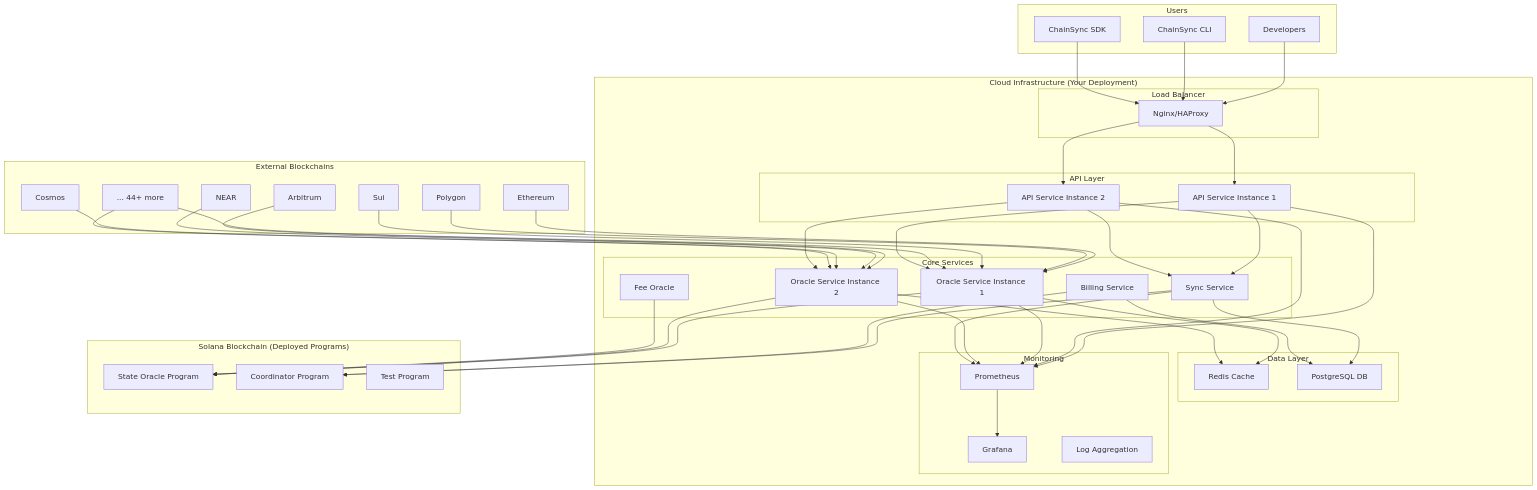
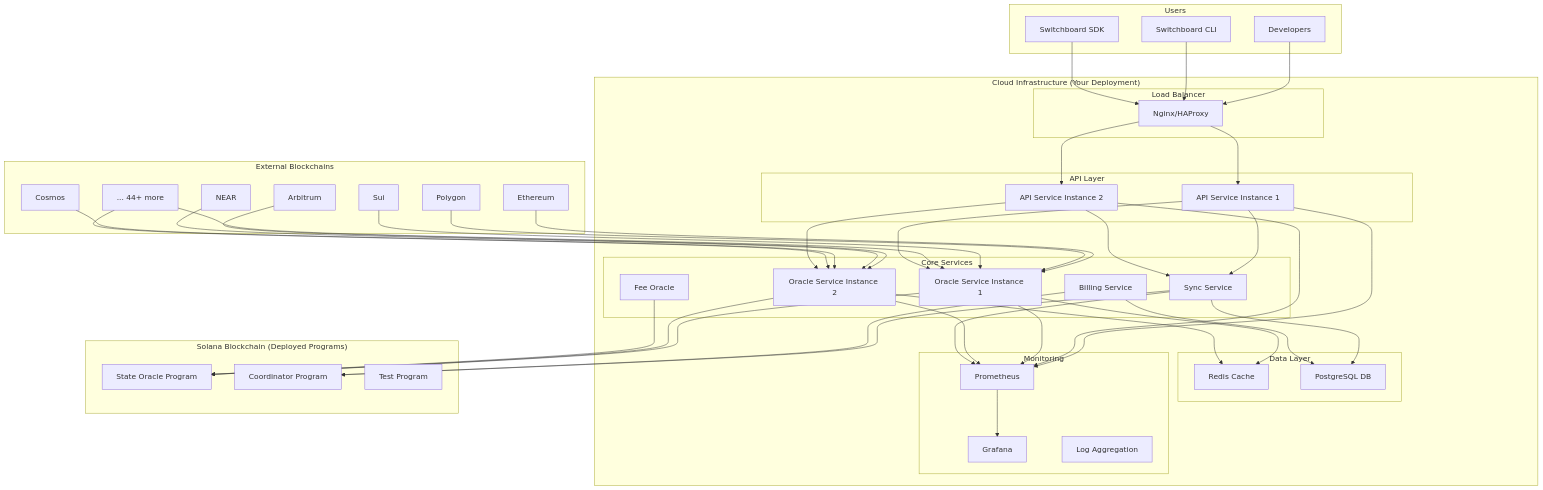
Before and after one commit to cryptuon/switchboard: the diagram in docs/cloud-deployment-guide.md, drawn with Mermaid. The commit also changed other lines of this file and 238 other files, not shown here.

First line of the commit message:
Rename ChainSync brand to Switchboard

```diff
--- a/docs/cloud-deployment-guide.md
+++ b/docs/cloud-deployment-guide.md
@@ -70,8 +70,8 @@
 
     subgraph "Users"
         DEV[Developers]
-        CLI[ChainSync CLI]
-        SDK[ChainSync SDK]
+        CLI[Switchboard CLI]
+        SDK[Switchboard SDK]
     end
 
     %% External connections
```
